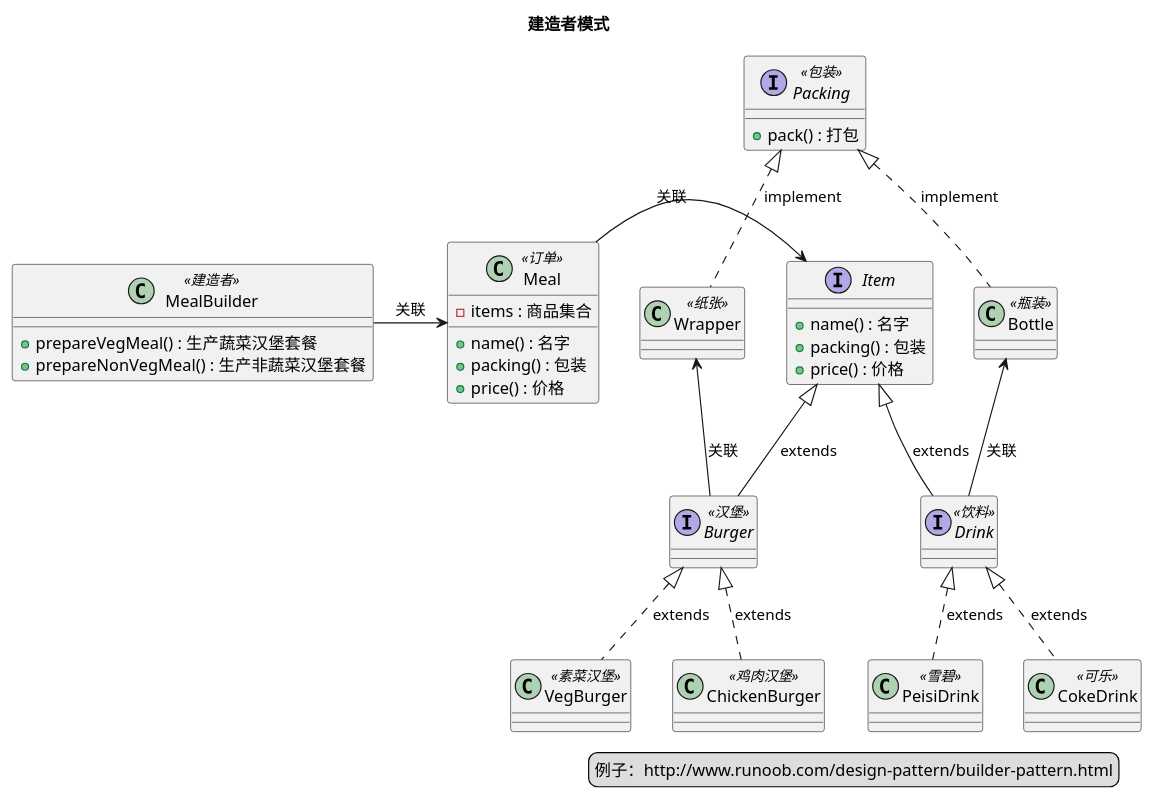
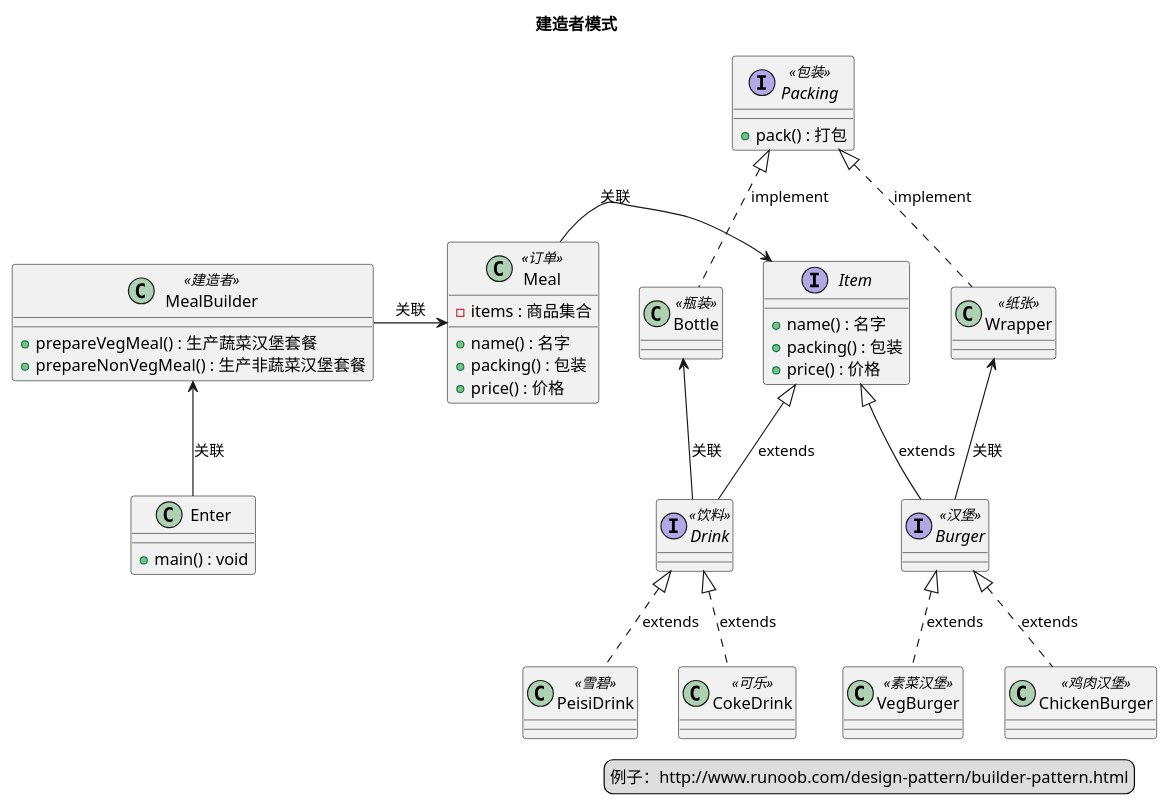
One commit to baojing111/acl changed the diagram in study/designpattern/3_builder_pattern.puml. Above: the diagram before and after it, drawn with PlantUML. The commit also changed 7 other files, not shown here.

```diff
--- a/study/designpattern/3_builder_pattern.puml
+++ b/study/designpattern/3_builder_pattern.puml
@@ -1,64 +1,67 @@
 @startuml
 title 建造者模式
 legend right
 例子：http://www.runoob.com/design-pattern/builder-pattern.html
 end legend
 
 interface Packing <<包装>>{
     +pack() : 打包
 }
 class Wrapper<<纸张>>
 class Bottle<<瓶装>>
 
 interface Item{
     +name() : 名字
     +packing() : 包装
     +price() : 价格
 }
 interface Burger<<汉堡>>
 interface Drink<<饮料>>
 
 class VegBurger<<素菜汉堡>>
 class ChickenBurger<<鸡肉汉堡>>
 
 class PeisiDrink<<雪碧>>
 class CokeDrink<<可乐>>
 
 class Meal<<订单>>{
     -items : 商品集合
     +name() : 名字
     +packing() : 包装
     +price() : 价格
 
 }
 
 class MealBuilder<<建造者>>{
     +prepareVegMeal() : 生产蔬菜汉堡套餐
     +prepareNonVegMeal() : 生产非蔬菜汉堡套餐
 }
 
 Packing <|.down. Bottle : implement
 Packing <|.down. Wrapper : implement
 
 Item <|-- Burger : extends
 Item <|-- Drink : extends
 
 Burger <|.. VegBurger : extends
 Burger <|.. ChickenBurger : extends
 
 Drink <|.. PeisiDrink : extends
 Drink <|.. CokeDrink : extends
 
 Wrapper <-down- Burger : 关联
 Bottle <-down- Drink : 关联
 
 Item <-left- Meal : 关联
 
 Meal <-left- MealBuilder : 关联
 
+class Enter{
+    +main() : void
+}
 
-
+MealBuilder <-- Enter : 关联
 
 
 
 @enduml
```
